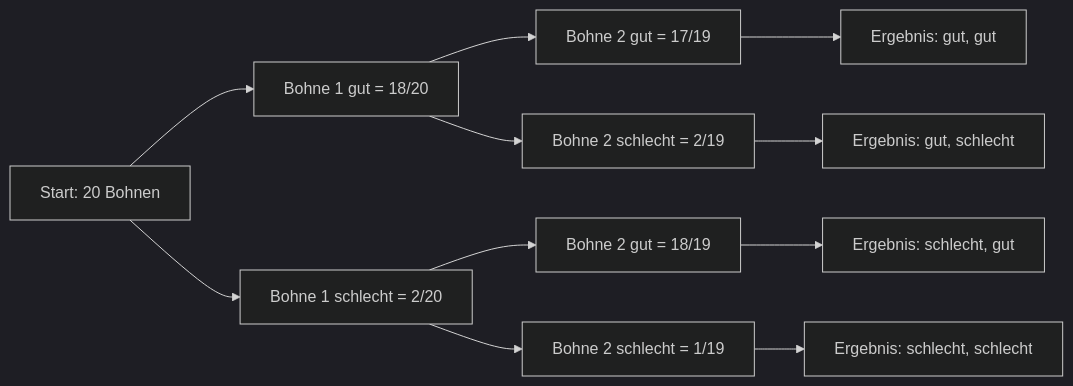
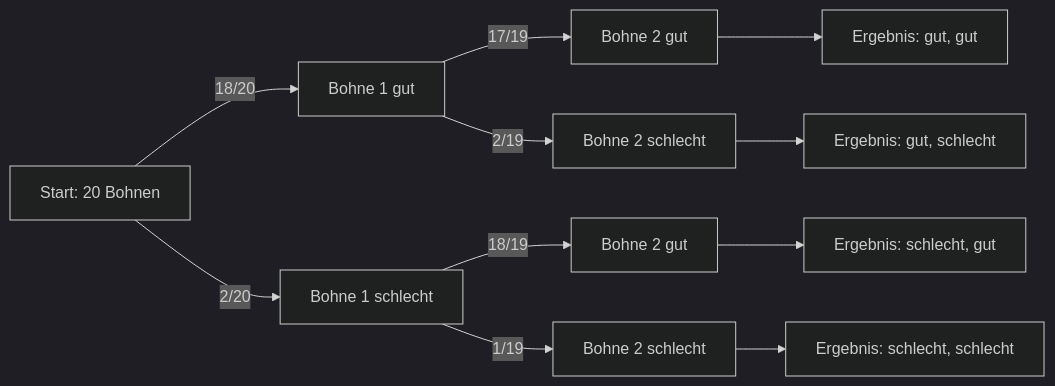
The fourth of 5 diagrams in 0350-wskt2.qmd (sebastiansauer/start-bayes), drawn with Mermaid (dark theme) before and after one commit. The commit also changed other lines of this file and 9 other files, not shown here.

````diff
--- a/0350-wskt2.qmd
+++ b/0350-wskt2.qmd
@@ -1167,19 +1123,19 @@
 ```{mermaid}
 %%| fig-cap: "Baumdiagramm für ein ein zweistufiges Zufallsereignis: Bertie Botts Bohnen."
 %%| label: fig-bertie1
 graph LR
-    A[Start: 20 Bohnen] --> B1[Bohne 1 gut = 18/20]
-    A --> B2[Bohne 1 schlecht = 2/20]
+    A[Start: 20 Bohnen] -- 18/20 --> B1[Bohne 1 gut]
+    A -- 2/20 --> B2[Bohne 1 schlecht]
     
-    B1 --> C1[Bohne 2 gut = 17/19]
-    B1 --> C2[Bohne 2 schlecht = 2/19]
+    B1 -- 17/19 --> C1[Bohne 2 gut]
+    B1 -- 2/19 --> C2[Bohne 2 schlecht]
     
-    B2 --> C3[Bohne 2 gut = 18/19]
-    B2 --> C4[Bohne 2 schlecht = 1/19]
+    B2 -- 18/19 --> C3[Bohne 2 gut]
+    B2 -- 1/19 --> C4[Bohne 2 schlecht]
     
     C1 --> D1[Ergebnis: gut, gut]
     C2 --> D2[Ergebnis: gut, schlecht]
     C3 --> D3[Ergebnis: schlecht, gut]
     C4 --> D4[Ergebnis: schlecht, schlecht]
 
 ```
````
